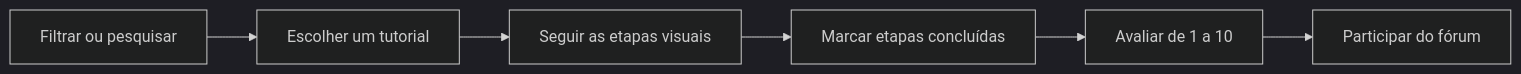
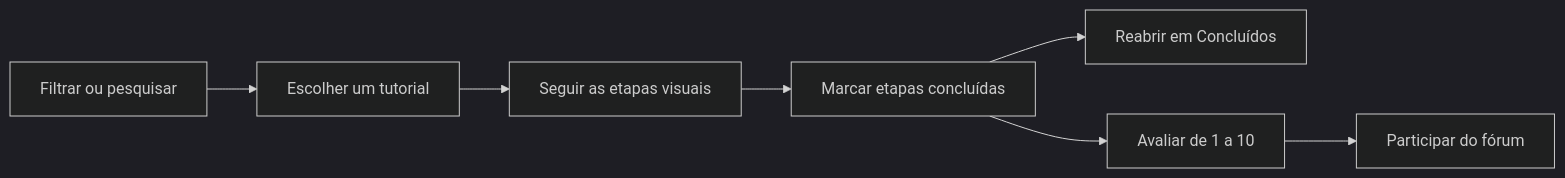
Before and after one commit to Luccas-H/IHM_Tutorial: the first of 2 diagrams in README.md, drawn with Mermaid (dark theme). The commit also changed other lines of this file and 33 other files, not shown here.

````diff
--- a/README.md
+++ b/README.md
@@ -66,8 +68,9 @@
 ```mermaid
 flowchart LR
     A[Filtrar ou pesquisar] --> B[Escolher um tutorial]
     B --> C[Seguir as etapas visuais]
     C --> D[Marcar etapas concluídas]
+    D --> G[Reabrir em Concluídos]
     D --> E[Avaliar de 1 a 10]
     E --> F[Participar do fórum]
 ```
````
